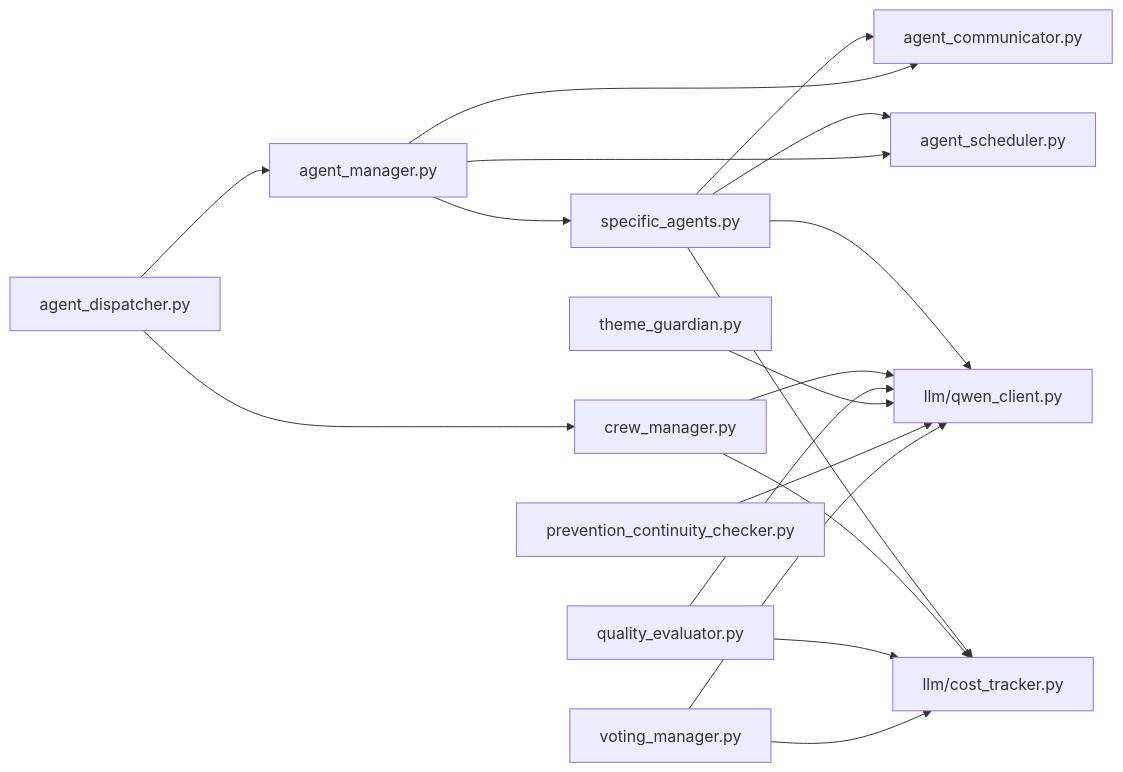
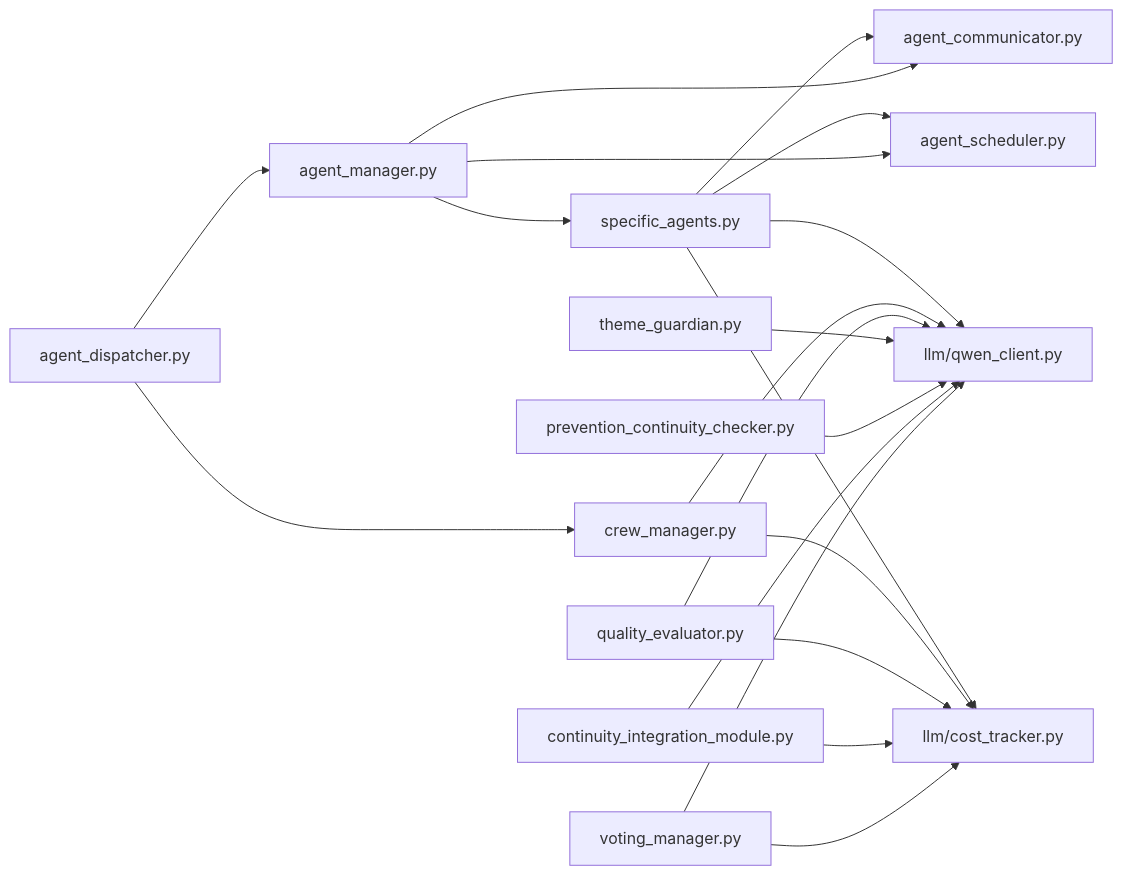
Before and after one commit to xfbyxq/ai-novel-system: diagram 19 of 19 in .qoder/repowiki/zh/content/AI智能体系统/特定智能体实现/特定智能体实现.md, drawn with Mermaid. The commit also changed other lines of this file and 29 other files, not shown here.

````diff
--- a/.qoder/repowiki/zh/content/AI智能体系统/特定智能体实现/特定智能体实现.md
+++ b/.qoder/repowiki/zh/content/AI智能体系统/特定智能体实现/特定智能体实现.md
@@ -622,20 +655,22 @@
 ```mermaid
 graph LR
 SA["specific_agents.py"] --> AC["agent_communicator.py"]
 SA --> AS["agent_scheduler.py"]
 SA --> QC["llm/qwen_client.py"]
 SA --> CT["llm/cost_tracker.py"]
 AM["agent_manager.py"] --> AC
 AM --> AS
 AM --> SA
 AD["agent_dispatcher.py"] --> AM
 AD --> CM["crew_manager.py"]
 CM --> QC
 CM --> CT
 QE["quality_evaluator.py"] --> QC
 QE --> CT
 TG["theme_guardian.py"] --> QC
 PCC["prevention_continuity_checker.py"] --> QC
+CIM["continuity_integration_module.py"] --> QC
+CIM --> CT
 VM["voting_manager.py"] --> QC
 VM --> CT
 ```
````
